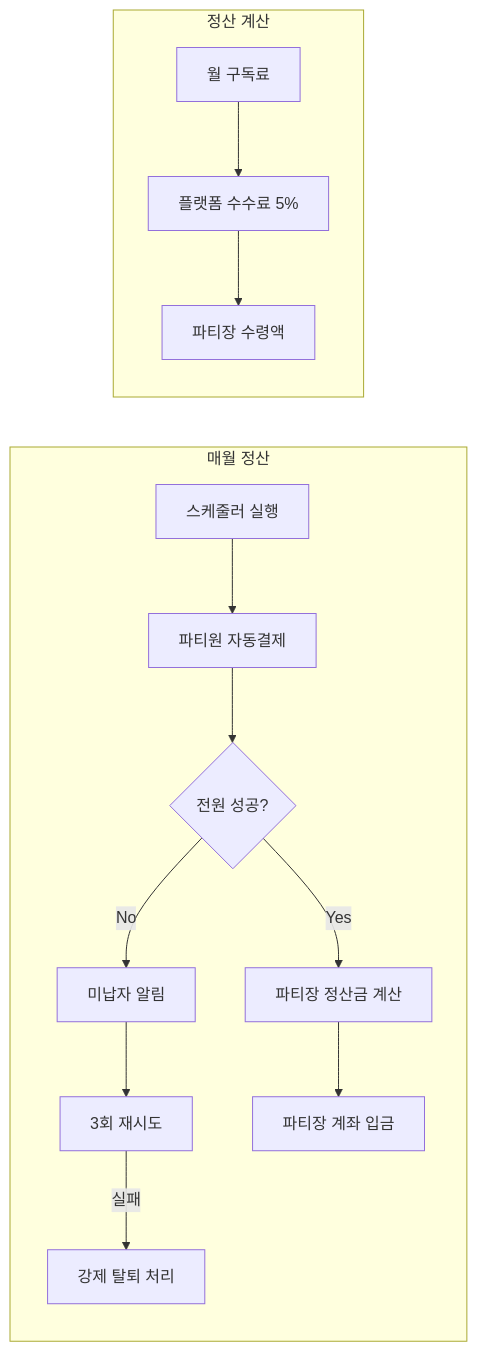
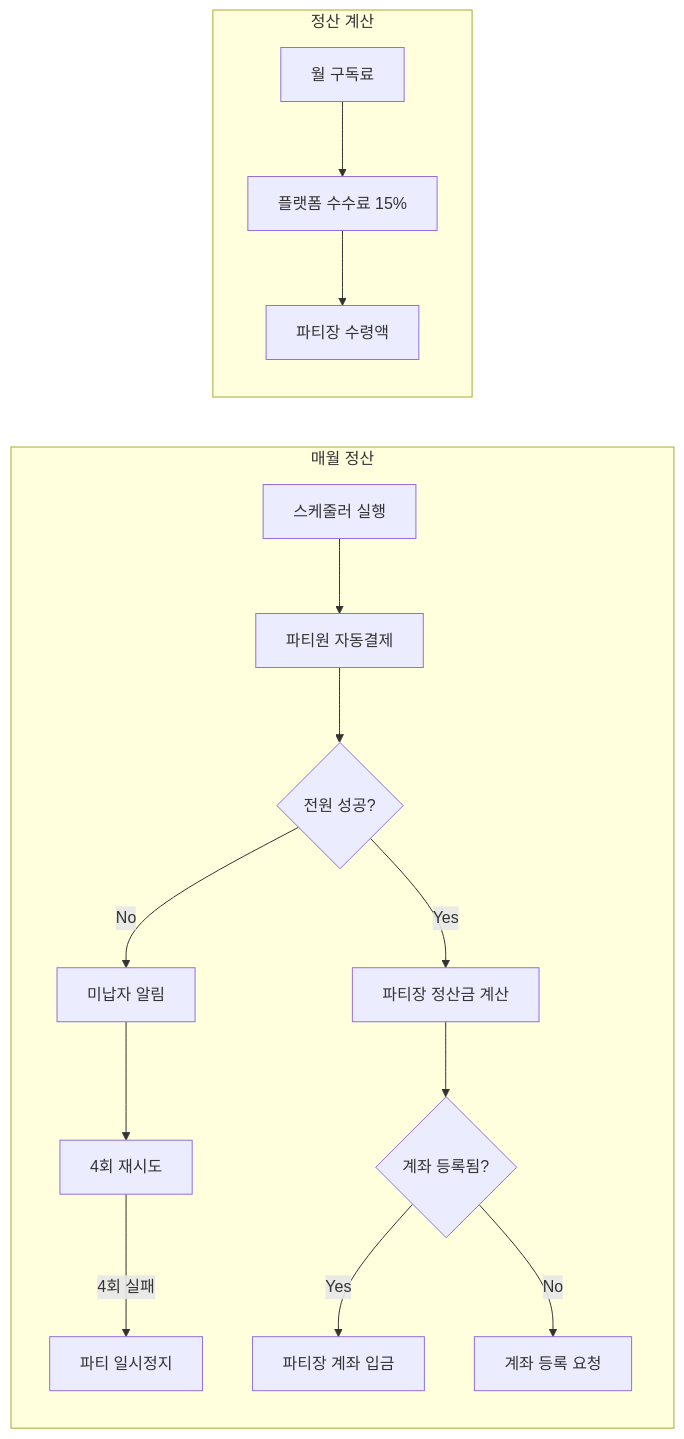
Before and after one commit to Youkjooyoung/moa-frontend: the fifth of 7 diagrams in README.md, drawn with Mermaid. The commit also changed other lines of this file and 22 other files, not shown here.

````diff
--- a/README.md
+++ b/README.md
@@ -166,17 +166,19 @@
 ```mermaid
 flowchart LR
     subgraph Monthly["매월 정산"]
         A[스케줄러 실행] --> B[파티원 자동결제]
         B --> C{전원 성공?}
         C -->|Yes| D[파티장 정산금 계산]
         C -->|No| E[미납자 알림]
-        E --> F[3회 재시도]
-        F -->|실패| G[강제 탈퇴 처리]
-        D --> H[파티장 계좌 입금]
+        E --> F[4회 재시도]
+        F -->|4회 실패| G[파티 일시정지]
+        D --> H{계좌 등록됨?}
+        H -->|Yes| I[파티장 계좌 입금]
+        H -->|No| J[계좌 등록 요청]
     end
 
     subgraph Calculation["정산 계산"]
-        I[월 구독료] --> J[플랫폼 수수료 5%]
-        J --> K[파티장 수령액]
+        K[월 구독료] --> L[플랫폼 수수료 15%]
+        L --> M[파티장 수령액]
     end
 ```
````
